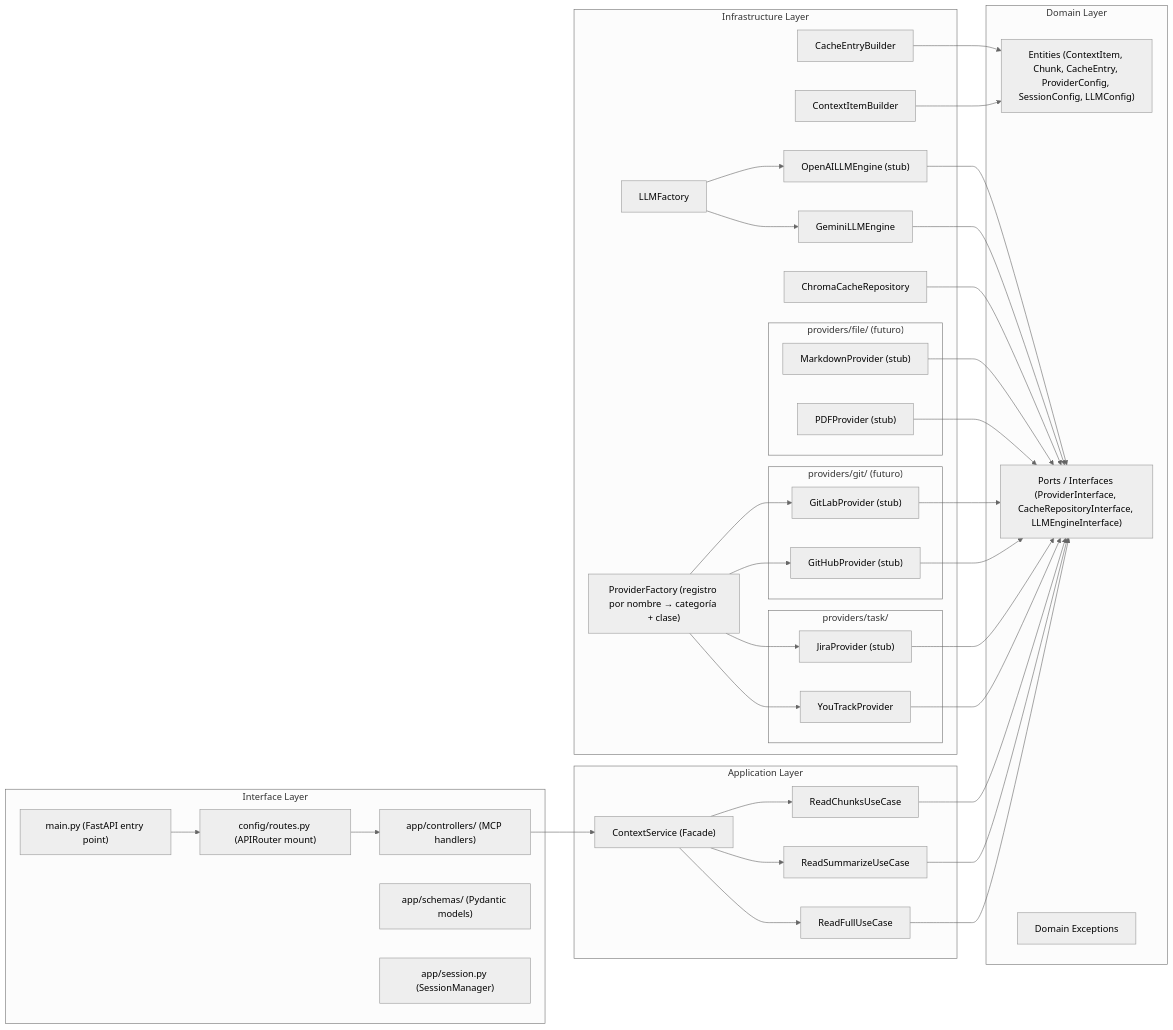
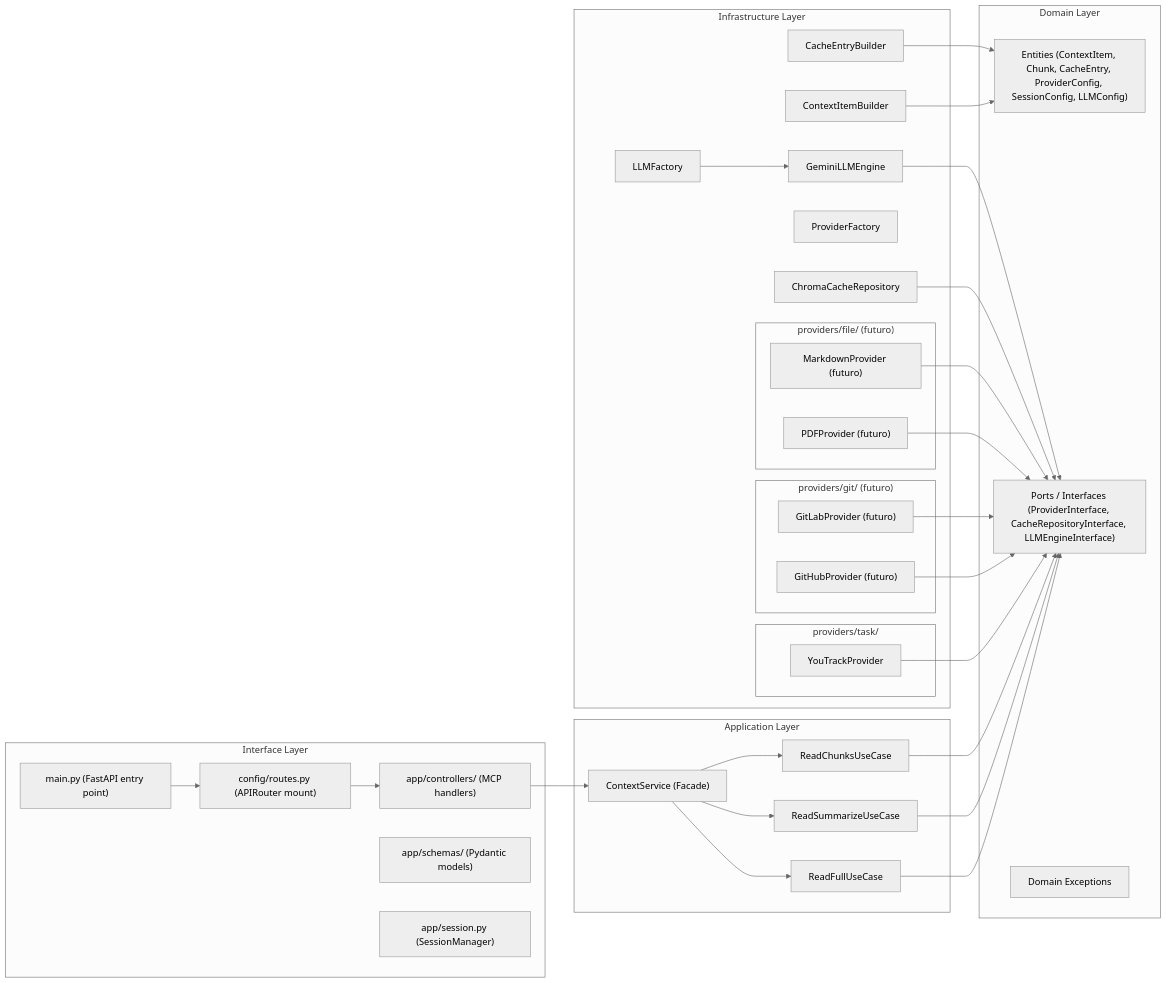
One commit to remolacho/ContextForge changed the second of 7 diagrams in .kiro/specs/contextforge/design.md. Above: the diagram before and after it, drawn with Mermaid (neutral theme). The commit also changed other lines of this file and 10 other files, not shown here.

````diff
--- a/.kiro/specs/contextforge/design.md
+++ b/.kiro/specs/contextforge/design.md
@@ -33,69 +33,60 @@
 ```mermaid
 graph LR
     subgraph "Interface Layer"
         MAIN["main.py (FastAPI entry point)"]
         ROUTES["config/routes.py (APIRouter mount)"]
         CTRL["app/controllers/ (MCP handlers)"]
         SCH["app/schemas/ (Pydantic models)"]
         SM["app/session.py (SessionManager)"]
     end
     subgraph "Application Layer"
         SVC["ContextService (Facade)"]
         UC1["ReadFullUseCase"]
         UC2["ReadSummarizeUseCase"]
         UC3["ReadChunksUseCase"]
     end
     subgraph "Domain Layer"
         E["Entities (ContextItem, Chunk, CacheEntry, ProviderConfig, SessionConfig, LLMConfig)"]
         P["Ports / Interfaces (ProviderInterface, CacheRepositoryInterface, LLMEngineInterface)"]
         EX["Domain Exceptions"]
     end
     subgraph "Infrastructure Layer"
-        PF["ProviderFactory (registro por nombre → categoría + clase)"]
+        PF["ProviderFactory"]
         subgraph "providers/task/"
             YT["YouTrackProvider"]
-            JI["JiraProvider (stub)"]
         end
         subgraph "providers/git/ (futuro)"
-            GH["GitHubProvider (stub)"]
-            GL["GitLabProvider (stub)"]
+            GH["GitHubProvider (futuro)"]
+            GL["GitLabProvider (futuro)"]
         end
         subgraph "providers/file/ (futuro)"
-            PDF["PDFProvider (stub)"]
-            MD["MarkdownProvider (stub)"]
+            PDF["PDFProvider (futuro)"]
+            MD["MarkdownProvider (futuro)"]
         end
         CH["ChromaCacheRepository"]
         GE["GeminiLLMEngine"]
-        OA["OpenAILLMEngine (stub)"]
         LF["LLMFactory"]
         CB["ContextItemBuilder"]
         CEB["CacheEntryBuilder"]
     end
 
     MAIN --> ROUTES
     ROUTES --> CTRL
     CTRL --> SVC
     SVC --> UC1
     SVC --> UC2
     SVC --> UC3
     UC1 --> P
     UC2 --> P
     UC3 --> P
     YT --> P
-    JI --> P
     GH --> P
     GL --> P
     PDF --> P
     MD --> P
     CH --> P
     GE --> P
-    OA --> P
-    PF --> YT
-    PF --> JI
-    PF --> GH
-    PF --> GL
     LF --> GE
-    LF --> OA
     CB --> E
     CEB --> E
 ```
````
